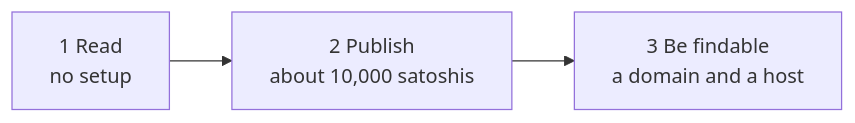
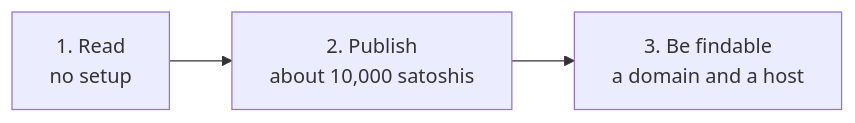
One commit to lightwebinc/bfinger changed the diagram in QUICKSTART.md. Above: the diagram before and after it, drawn with Mermaid. The commit also changed other lines of this file and 16 other files, not shown here.

Commit message:
[Fix] public release prep: docs, BRC-180, diagrams

````diff
--- a/QUICKSTART.md
+++ b/QUICKSTART.md
@@ -8,5 +8,5 @@
 ```mermaid
 flowchart LR
-  A["1 Read<br/>no setup"] --> B["2 Publish<br/>about 10,000 satoshis"]
-  B --> C["3 Be findable<br/>a domain and a host"]
+  A["1. Read<br/>no setup"] --> B["2. Publish<br/>about 10,000 satoshis"]
+  B --> C["3. Be findable<br/>a domain and a host"]
 ```
````
